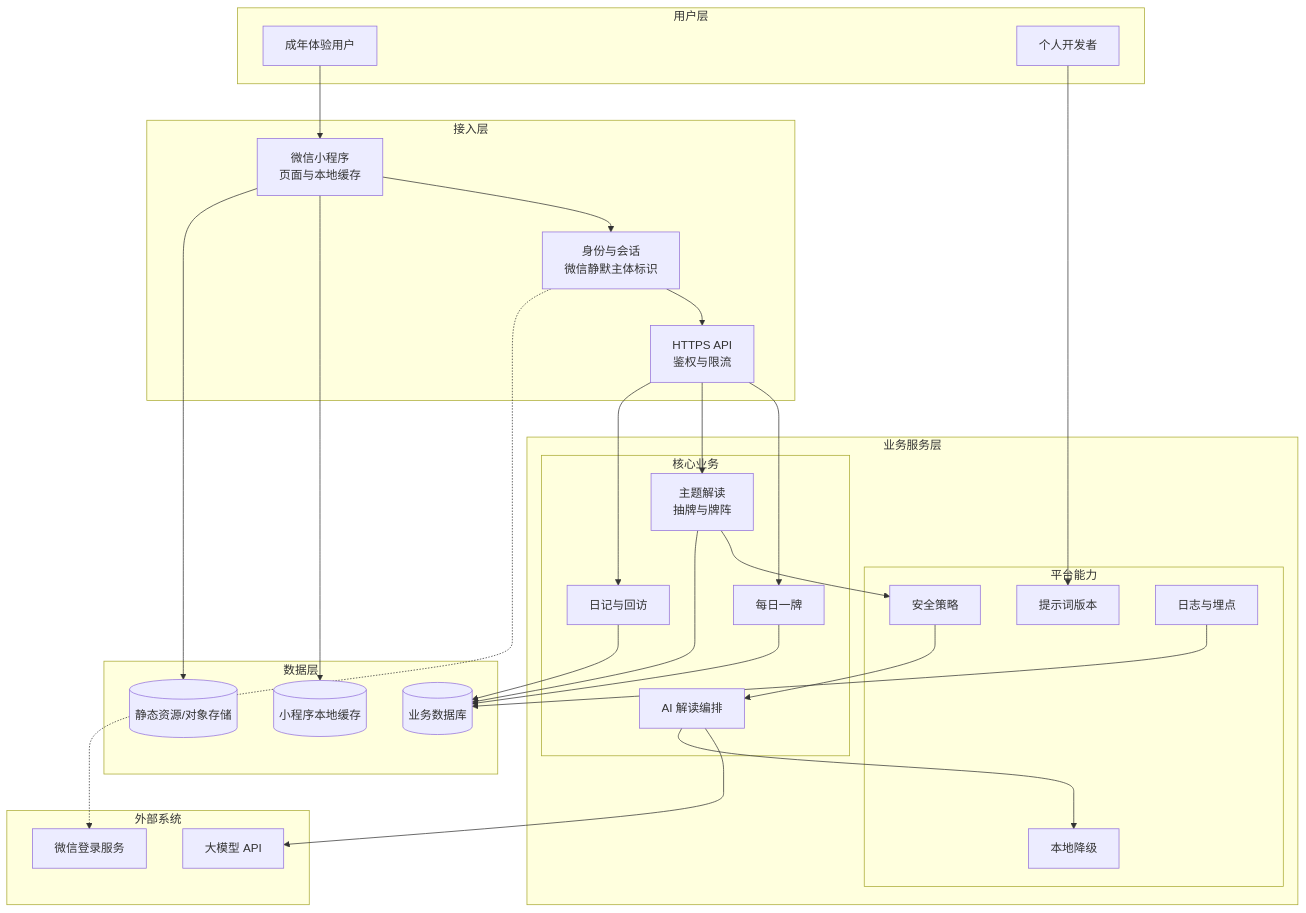
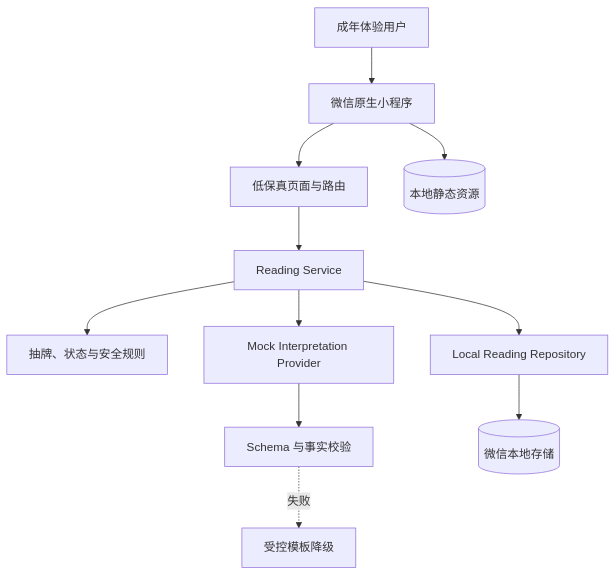
The first of 4 diagrams in docs/product/02-mvp-prd.md (chenzhiyong1994/arcana-mirror), drawn with Mermaid before and after one commit. The commit also changed other lines of this file and 56 other files, not shown here.

````diff
--- a/docs/product/02-mvp-prd.md
+++ b/docs/product/02-mvp-prd.md
@@ -273,51 +275,13 @@
 ```mermaid
 graph TB
-    subgraph 用户层
-        USER[成年体验用户]
-        DEV[个人开发者]
-    end
-
-    subgraph 接入层
-        MP[微信小程序<br/>页面与本地缓存]
-        AUTH[身份与会话<br/>微信静默主体标识]
-        API[HTTPS API<br/>鉴权与限流]
-    end
-
-    subgraph 业务服务层
-        subgraph 核心业务
-            DAILY[每日一牌]
-            READING[主题解读<br/>抽牌与牌阵]
-            INTERPRET[AI 解读编排]
-            JOURNAL[日记与回访]
-        end
-        subgraph 平台能力
-            SAFETY[安全策略]
-            FALLBACK[本地降级]
-            PROMPT[提示词版本]
-            OBS[日志与埋点]
-        end
-    end
-
-    subgraph 数据层
-        DB[(业务数据库)]
-        CACHE[(小程序本地缓存)]
-        ASSET[(静态资源/对象存储)]
-    end
-
-    subgraph 外部系统
-        WX[微信登录服务]
-        LLM[大模型 API]
-    end
-
-    USER --> MP --> AUTH --> API
-    DEV --> PROMPT
-    API --> DAILY & READING & JOURNAL
-    READING --> SAFETY --> INTERPRET
-    INTERPRET --> LLM
-    INTERPRET --> FALLBACK
-    DAILY & READING & JOURNAL --> DB
-    MP --> CACHE
-    MP --> ASSET
-    AUTH -.-> WX
-    OBS --> DB
+    USER[成年体验用户] --> MP[微信原生小程序]
+    MP --> PAGES[低保真页面与路由]
+    PAGES --> SERVICE[Reading Service]
+    SERVICE --> DOMAIN[抽牌、状态与安全规则]
+    SERVICE --> PROVIDER[Mock Interpretation Provider]
+    PROVIDER --> VALIDATOR[Schema 与事实校验]
+    VALIDATOR -.失败.-> FALLBACK[受控模板降级]
+    SERVICE --> REPO[Local Reading Repository]
+    REPO --> STORAGE[(微信本地存储)]
+    MP --> ASSET[(本地静态资源)]
 ```
````
